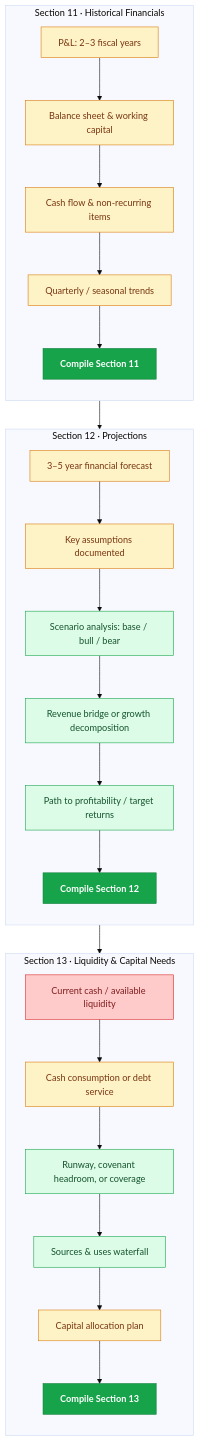
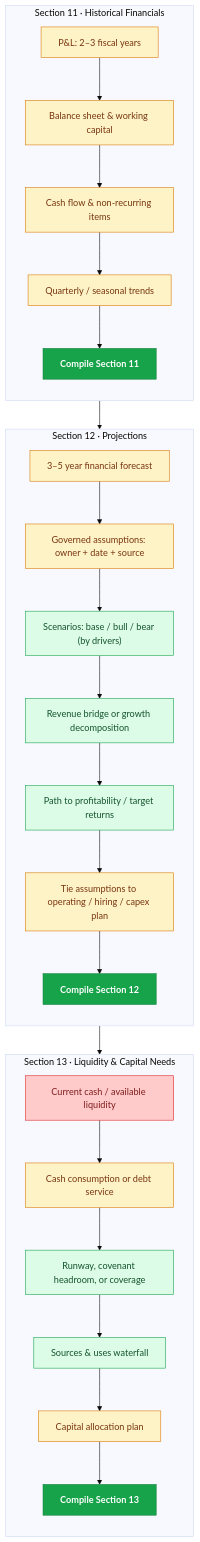
The ninth of 17 diagrams in README.md (mrchanpark/IC-Memo-Flow-Chart-V2), drawn with Mermaid (base theme) before and after one commit. The commit also changed other lines of this file and 2 other files, not shown here.

````diff
--- a/README.md
+++ b/README.md
@@ -219,31 +235,32 @@
 ```mermaid
 flowchart TB
   subgraph HIST["Section 11 · Historical Financials"]
     direction TB
     H1["P&L: 2–3 fiscal years"]:::yel --> H2["Balance sheet & working capital"]:::yel
     H2 --> H3["Cash flow & non-recurring items"]:::yel
     H3 --> H4["Quarterly / seasonal trends"]:::yel
     H4 --> H5["Compile Section 11"]:::grnC
   end
   subgraph PROJ["Section 12 · Projections"]
     direction TB
-    F1["3–5 year financial forecast"]:::yel --> F2["Key assumptions documented"]:::yel
-    F2 --> F3["Scenario analysis: base / bull / bear"]:::grn
+    F1["3–5 year financial forecast"]:::yel --> F2["Governed assumptions: owner + date + source"]:::yel
+    F2 --> F3["Scenarios: base / bull / bear (by drivers)"]:::grn
     F3 --> F4["Revenue bridge or growth decomposition"]:::grn
     F4 --> F5["Path to profitability / target returns"]:::grn
-    F5 --> F6["Compile Section 12"]:::grnC
+    F5 --> FT["Tie assumptions to operating / hiring / capex plan"]:::yel
+    FT --> F6["Compile Section 12"]:::grnC
   end
   subgraph CASH["Section 13 · Liquidity & Capital Needs"]
     direction TB
     R1["Current cash / available liquidity"]:::red --> R2["Cash consumption or debt service"]:::yel
     R2 --> R3["Runway, covenant headroom, or coverage"]:::grn
     R3 --> R4["Sources & uses waterfall"]:::grn
     R4 --> R5["Capital allocation plan"]:::yel
     R5 --> R6["Compile Section 13"]:::grnC
   end
   HIST --> PROJ --> CASH
   classDef red fill:#fecaca,stroke:#dc2626,color:#7f1d1d
   classDef yel fill:#fef3c7,stroke:#d97706,color:#78350f
   classDef grn fill:#dcfce7,stroke:#16a34a,color:#14532d
   classDef grnC fill:#16a34a,stroke:#15803d,color:#fff,font-weight:700
 ```
````
